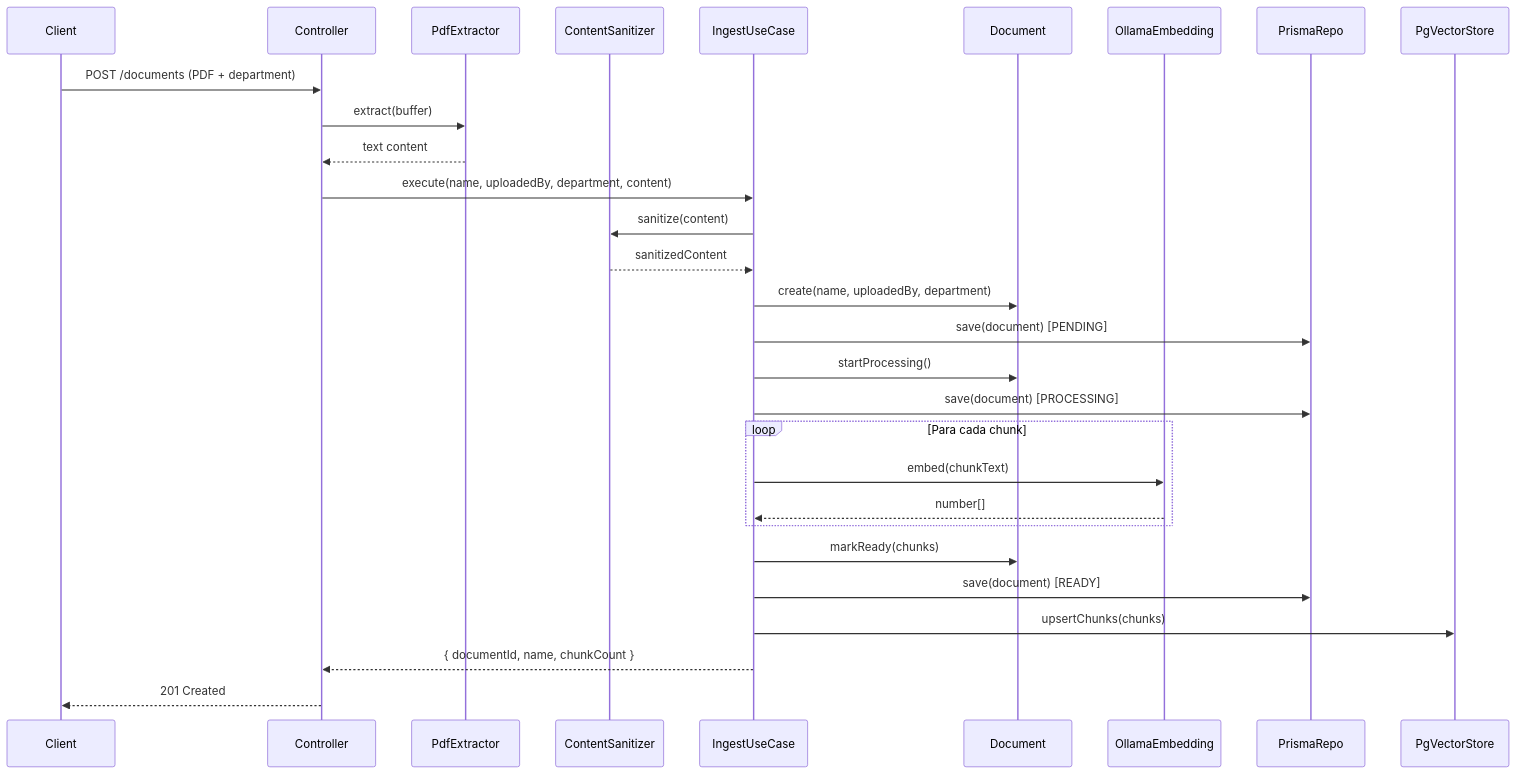
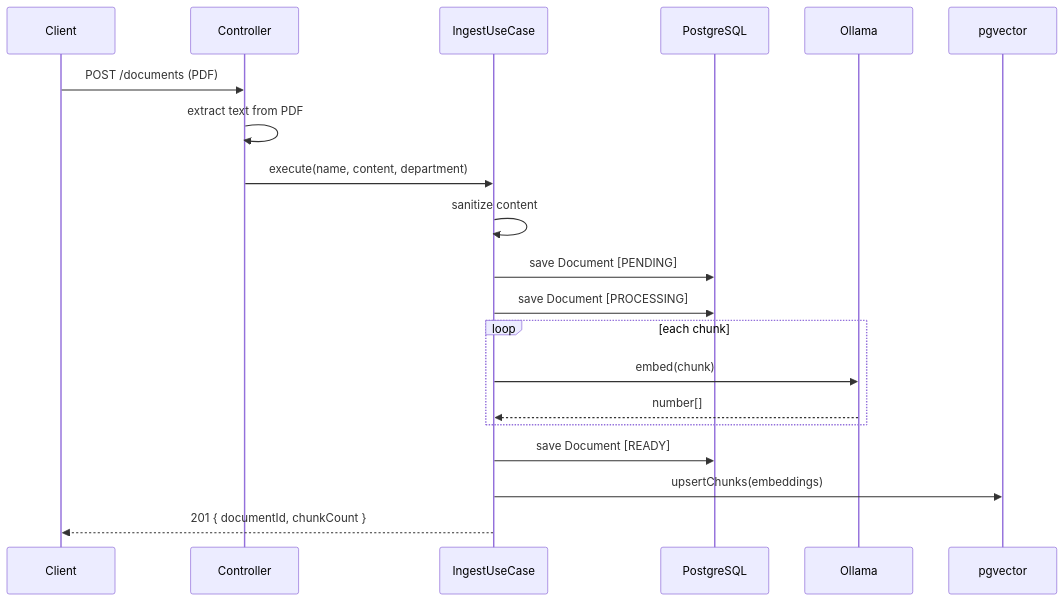
Before and after one commit to vidaal126/Rag-api: the second of 3 diagrams in README.md, drawn with Mermaid. The commit also changed other lines of this file, not shown here.

````diff
--- a/README.md
+++ b/README.md
@@ -112,32 +95,23 @@
 ```mermaid
 sequenceDiagram
-    participant Client
-    participant Controller
-    participant PdfExtractor
-    participant ContentSanitizer
-    participant IngestUseCase
-    participant Document
-    participant OllamaEmbedding
-    participant PrismaRepo
-    participant PgVectorStore
+    participant C as Client
+    participant CT as Controller
+    participant UC as IngestUseCase
+    participant DB as PostgreSQL
+    participant OL as Ollama
+    participant PV as pgvector
 
-    Client->>Controller: POST /documents (PDF + department)
-    Controller->>PdfExtractor: extract(buffer)
-    PdfExtractor-->>Controller: text content
-    Controller->>IngestUseCase: execute(name, uploadedBy, department, content)
-    IngestUseCase->>ContentSanitizer: sanitize(content)
-    ContentSanitizer-->>IngestUseCase: sanitizedContent
-    IngestUseCase->>Document: create(name, uploadedBy, department)
-    IngestUseCase->>PrismaRepo: save(document) [PENDING]
-    IngestUseCase->>Document: startProcessing()
-    IngestUseCase->>PrismaRepo: save(document) [PROCESSING]
-    loop Para cada chunk
-        IngestUseCase->>OllamaEmbedding: embed(chunkText)
-        OllamaEmbedding-->>IngestUseCase: number[]
+    C->>CT: POST /documents (PDF)
+    CT->>CT: extract text from PDF
+    CT->>UC: execute(name, content, department)
+    UC->>UC: sanitize content
+    UC->>DB: save Document [PENDING]
+    UC->>DB: save Document [PROCESSING]
+    loop each chunk
+        UC->>OL: embed(chunk)
+        OL-->>UC: number[]
     end
-    IngestUseCase->>Document: markReady(chunks)
-    IngestUseCase->>PrismaRepo: save(document) [READY]
-    IngestUseCase->>PgVectorStore: upsertChunks(chunks)
-    IngestUseCase-->>Controller: { documentId, name, chunkCount }
-    Controller-->>Client: 201 Created
+    UC->>DB: save Document [READY]
+    UC->>PV: upsertChunks(embeddings)
+    UC-->>C: 201 { documentId, chunkCount }
 ```
````
